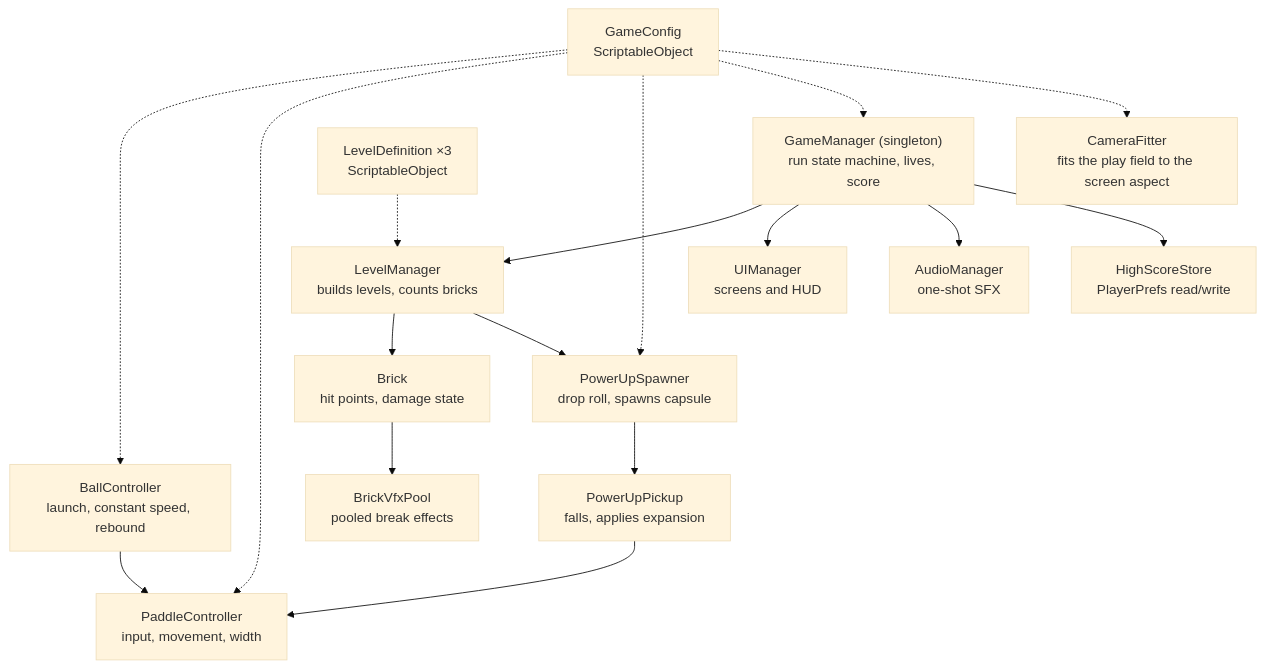
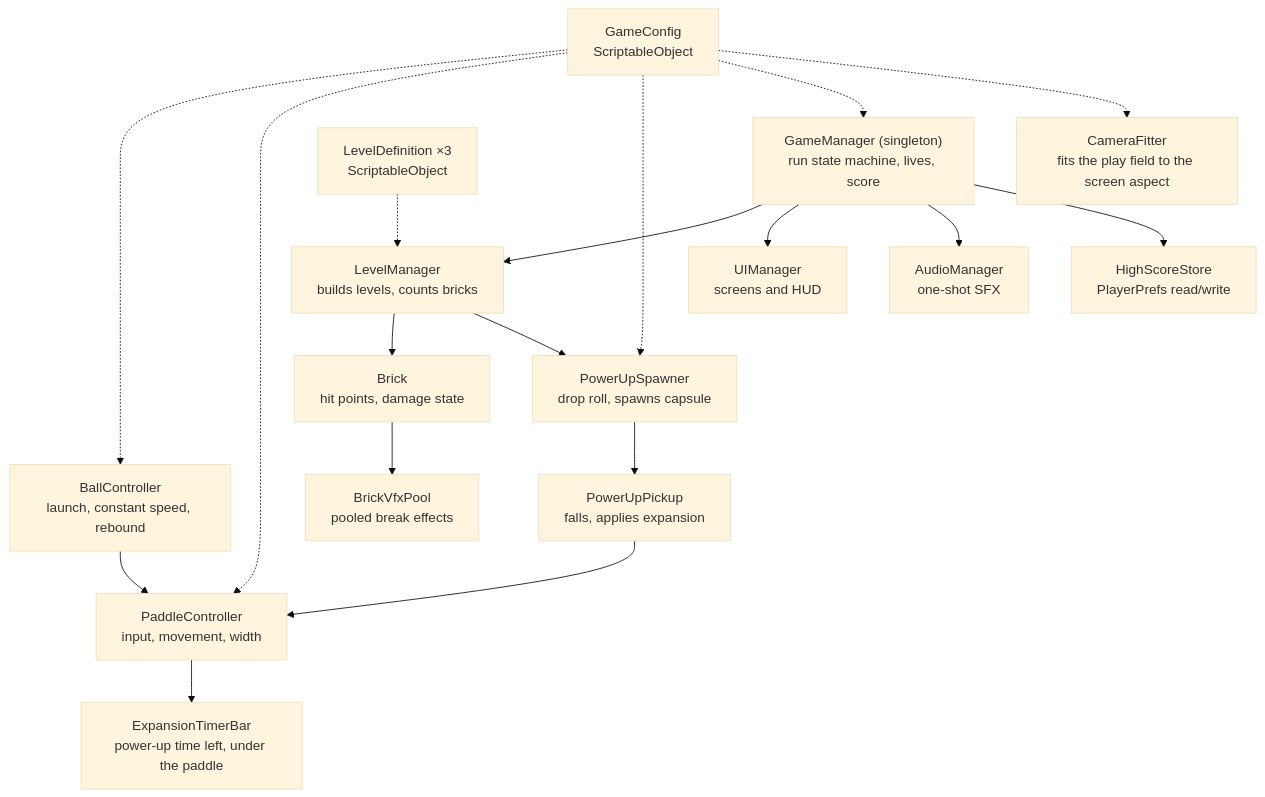
One commit to BarHaham/SweetBreaker changed the second of 2 diagrams in Docs/SWEETBREAKER_GDD.md. Above: the diagram before and after it, drawn with Mermaid (base theme). The commit also changed other lines of this file and 9 other files, not shown here.

First line of the commit message:
Move the power-up timer from the HUD to under the paddle

````diff
--- a/Docs/SWEETBREAKER_GDD.md
+++ b/Docs/SWEETBREAKER_GDD.md
@@ -402,23 +405,24 @@
 ```mermaid
 graph TD
     GM["GameManager (singleton)<br/>run state machine, lives, score"] --> LM["LevelManager<br/>builds levels, counts bricks"]
     GM --> UI["UIManager<br/>screens and HUD"]
     GM --> AU["AudioManager<br/>one-shot SFX"]
     GM --> HS["HighScoreStore<br/>PlayerPrefs read/write"]
 
     LM --> BR["Brick<br/>hit points, damage state"]
     LM --> PS["PowerUpSpawner<br/>drop roll, spawns capsule"]
     PS --> PU["PowerUpPickup<br/>falls, applies expansion"]
     PU --> PC["PaddleController<br/>input, movement, width"]
+    PC --> ET["ExpansionTimerBar<br/>power-up time left, under the paddle"]
 
     BA["BallController<br/>launch, constant speed, rebound"] --> PC
     BR --> VP["BrickVfxPool<br/>pooled break effects"]
 
     CFG["GameConfig<br/>ScriptableObject"] -.-> BA
     CFG -.-> PC
     CFG -.-> PS
     CFG -.-> GM
     CFG -.-> CF
     CF["CameraFitter<br/>fits the play field to the screen aspect"]
     LVL["LevelDefinition ×3<br/>ScriptableObject"] -.-> LM
 ```
````
